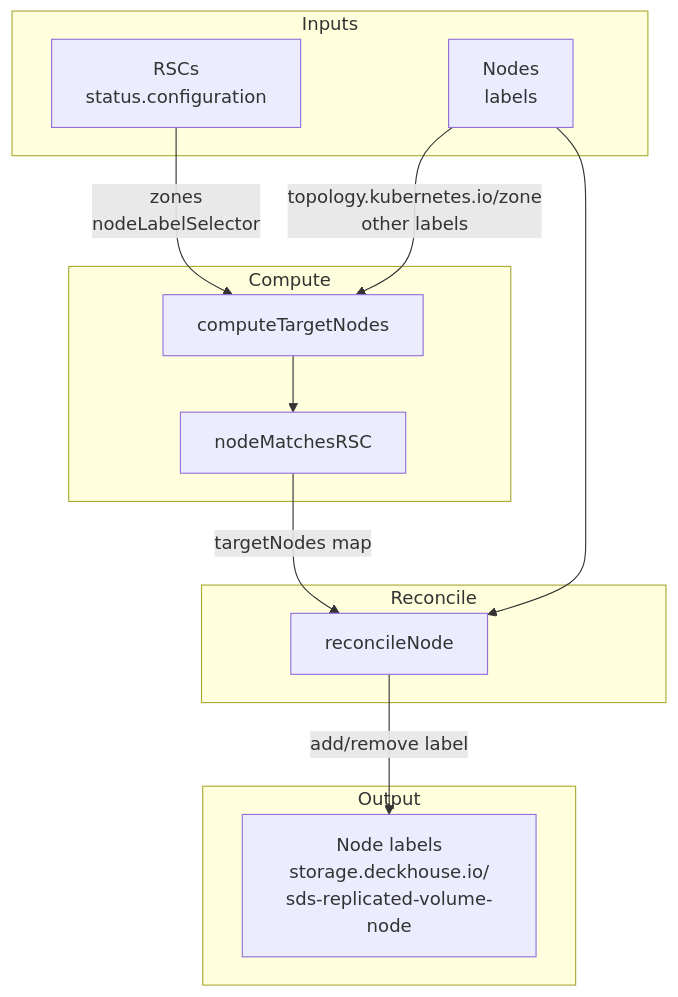
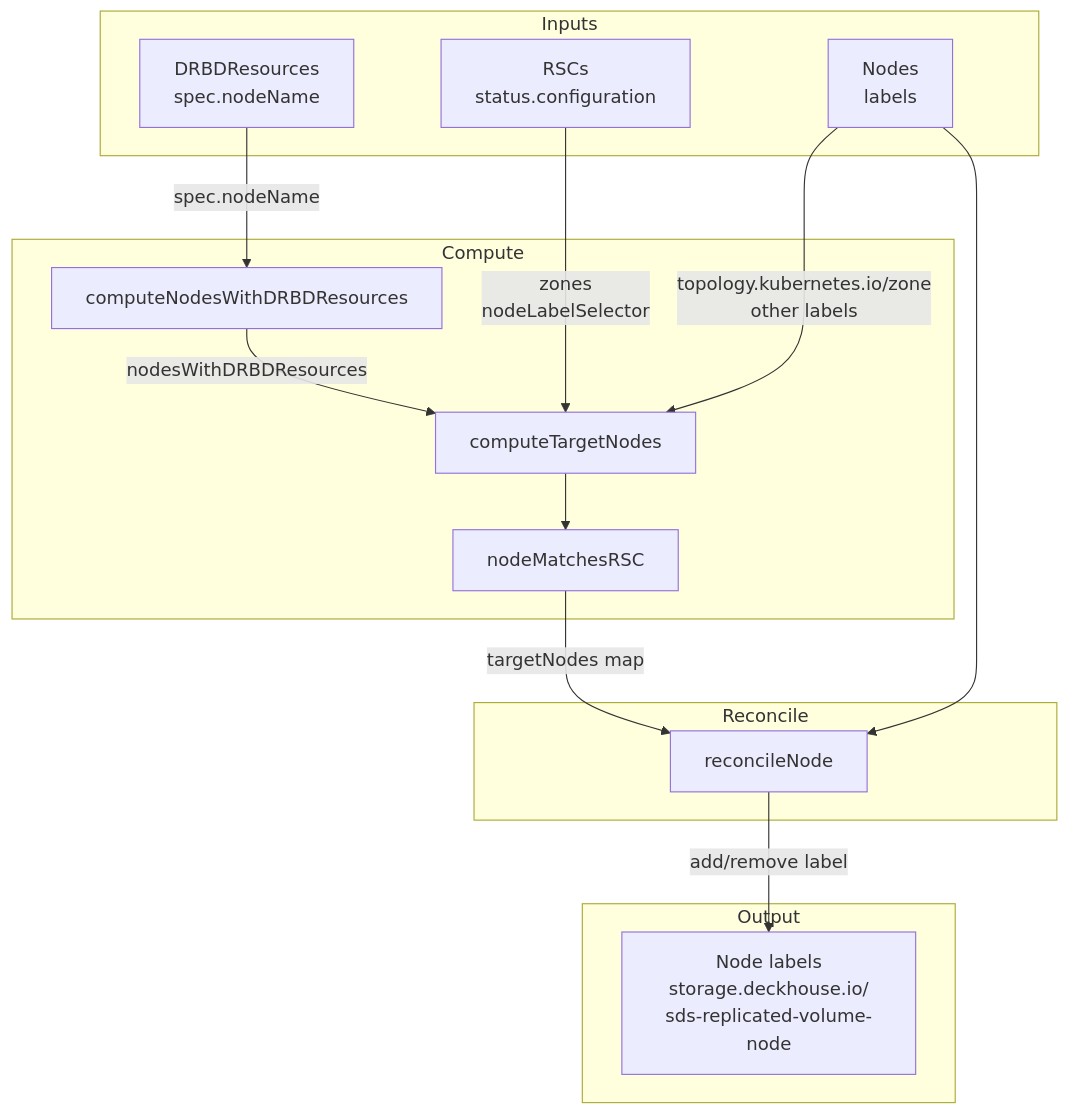
One commit to deckhouse/sds-replicated-volume changed the second of 2 diagrams in images/controller/internal/controllers/node_controller/README.md. Above: the diagram before and after it, drawn with Mermaid. The commit also changed other lines of this file and 4 other files, not shown here.

First line of the commit message:
[controller] Protect agent label on nodes with DRBDResources

````diff
--- a/images/controller/internal/controllers/node_controller/README.md
+++ b/images/controller/internal/controllers/node_controller/README.md
@@ -76,29 +91,33 @@
 ```mermaid
 flowchart TD
     subgraph inputs [Inputs]
         RSCs[RSCs<br>status.configuration]
+        DRBDResources[DRBDResources<br>spec.nodeName]
         Nodes[Nodes<br>labels]
     end
 
     subgraph compute [Compute]
+        ComputeDRBD[computeNodesWithDRBDResources]
         ComputeTarget[computeTargetNodes]
         NodeMatch[nodeMatchesRSC]
     end
 
     subgraph reconcile [Reconcile]
         ReconcileNode[reconcileNode]
     end
 
     subgraph output [Output]
         NodeLabel[Node labels<br>storage.deckhouse.io/<br>sds-replicated-volume-node]
     end
 
+    DRBDResources -->|spec.nodeName| ComputeDRBD
+    ComputeDRBD -->|nodesWithDRBDResources| ComputeTarget
     RSCs -->|zones<br>nodeLabelSelector| ComputeTarget
     Nodes -->|topology.kubernetes.io/zone<br>other labels| ComputeTarget
 
     ComputeTarget --> NodeMatch
     NodeMatch -->|targetNodes map| ReconcileNode
 
     Nodes --> ReconcileNode
     ReconcileNode -->|add/remove label| NodeLabel
 ```
````
